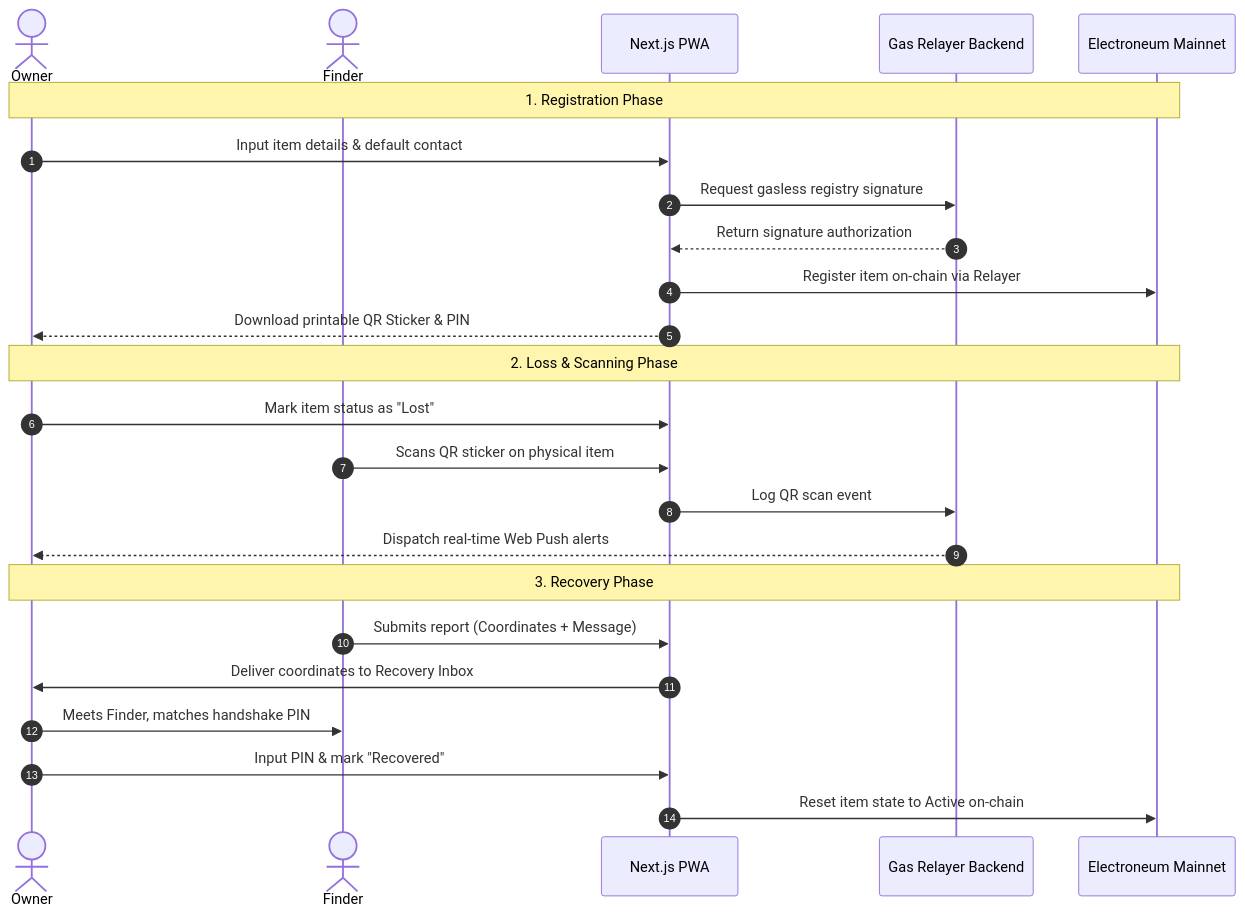
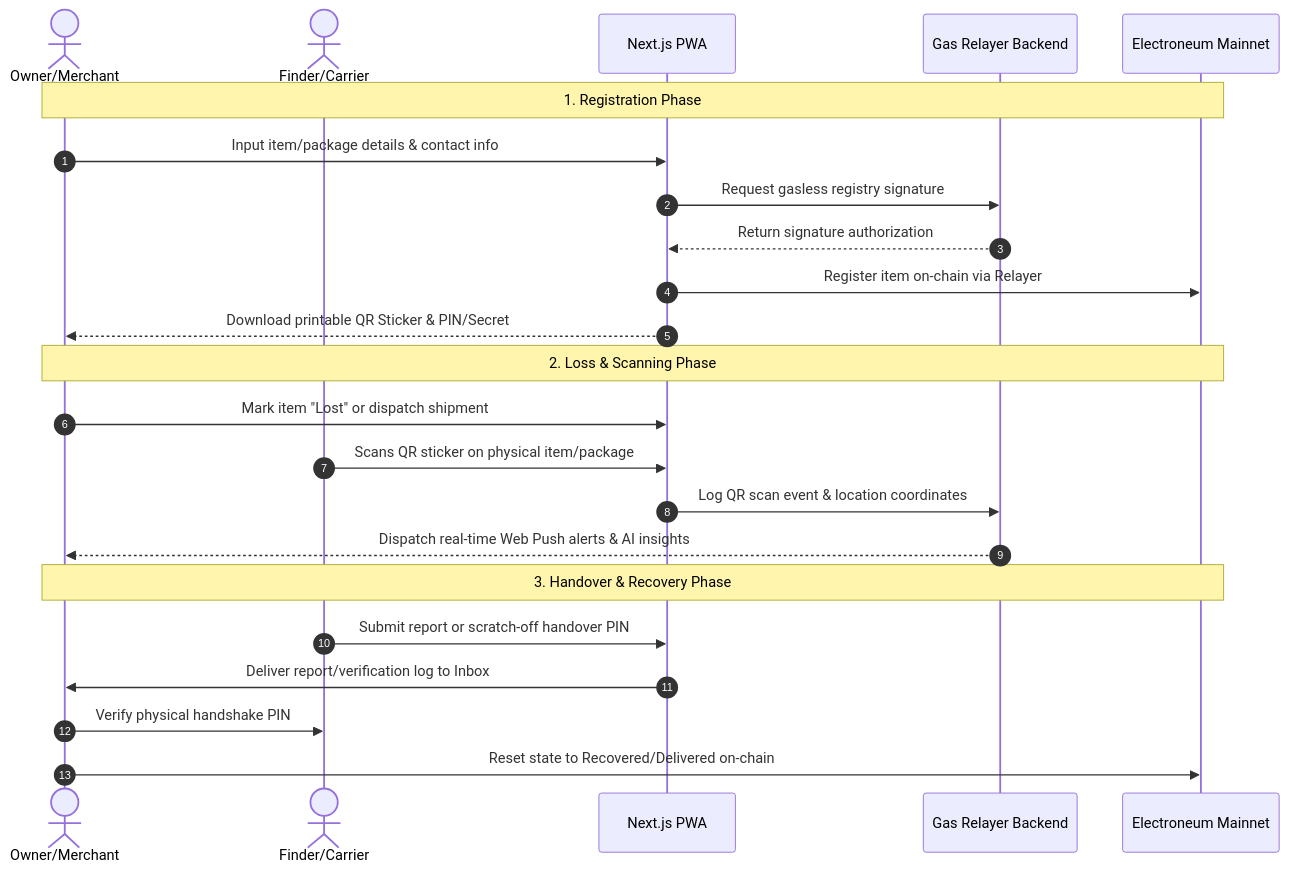
Before and after one commit to DevBigEazi/Recover: the diagram in README.md, drawn with Mermaid. The commit also changed other lines of this file, not shown here.

Commit message:
docs: refine product positioning to emphasize decentralized physical item & logistics tracking protocol

````diff
--- a/README.md
+++ b/README.md
@@ -9,29 +12,28 @@
 ```mermaid
 sequenceDiagram
     autonumber
-    actor Owner
-    actor Finder
+    actor Owner/Merchant
+    actor Finder/Carrier
     participant App as Next.js PWA
     participant Relayer as Gas Relayer Backend
     participant Chain as Electroneum Mainnet
 
-    Note over Owner, Chain: 1. Registration Phase
-    Owner->>App: Input item details & default contact
+    Note over Owner/Merchant, Chain: 1. Registration Phase
+    Owner/Merchant->>App: Input item/package details & contact info
     App->>Relayer: Request gasless registry signature
     Relayer-->>App: Return signature authorization
     App->>Chain: Register item on-chain via Relayer
-    App-->>Owner: Download printable QR Sticker & PIN
+    App-->>Owner/Merchant: Download printable QR Sticker & PIN/Secret
 
-    Note over Owner, Chain: 2. Loss & Scanning Phase
-    Owner->>App: Mark item status as "Lost"
-    Finder->>App: Scans QR sticker on physical item
-    App->>Relayer: Log QR scan event
-    Relayer-->>Owner: Dispatch real-time Web Push alerts
+    Note over Owner/Merchant, Chain: 2. Loss & Scanning Phase
+    Owner/Merchant->>App: Mark item "Lost" or dispatch shipment
+    Finder/Carrier->>App: Scans QR sticker on physical item/package
+    App->>Relayer: Log QR scan event & location coordinates
+    Relayer-->>Owner/Merchant: Dispatch real-time Web Push alerts & AI insights
 
-    Note over Owner, Chain: 3. Recovery Phase
-    Finder->>App: Submits report (Coordinates + Message)
-    App->>Owner: Deliver coordinates to Recovery Inbox
-    Owner->>Finder: Meets Finder, matches handshake PIN
-    Owner->>App: Input PIN & mark "Recovered"
-    App->>Chain: Reset item state to Active on-chain
+    Note over Owner/Merchant, Chain: 3. Handover & Recovery Phase
+    Finder/Carrier->>App: Submit report or scratch-off handover PIN
+    App->>Owner/Merchant: Deliver report/verification log to Inbox
+    Owner/Merchant->>Finder/Carrier: Verify physical handshake PIN
+    Owner/Merchant->>Chain: Reset state to Recovered/Delivered on-chain
 ```
````
